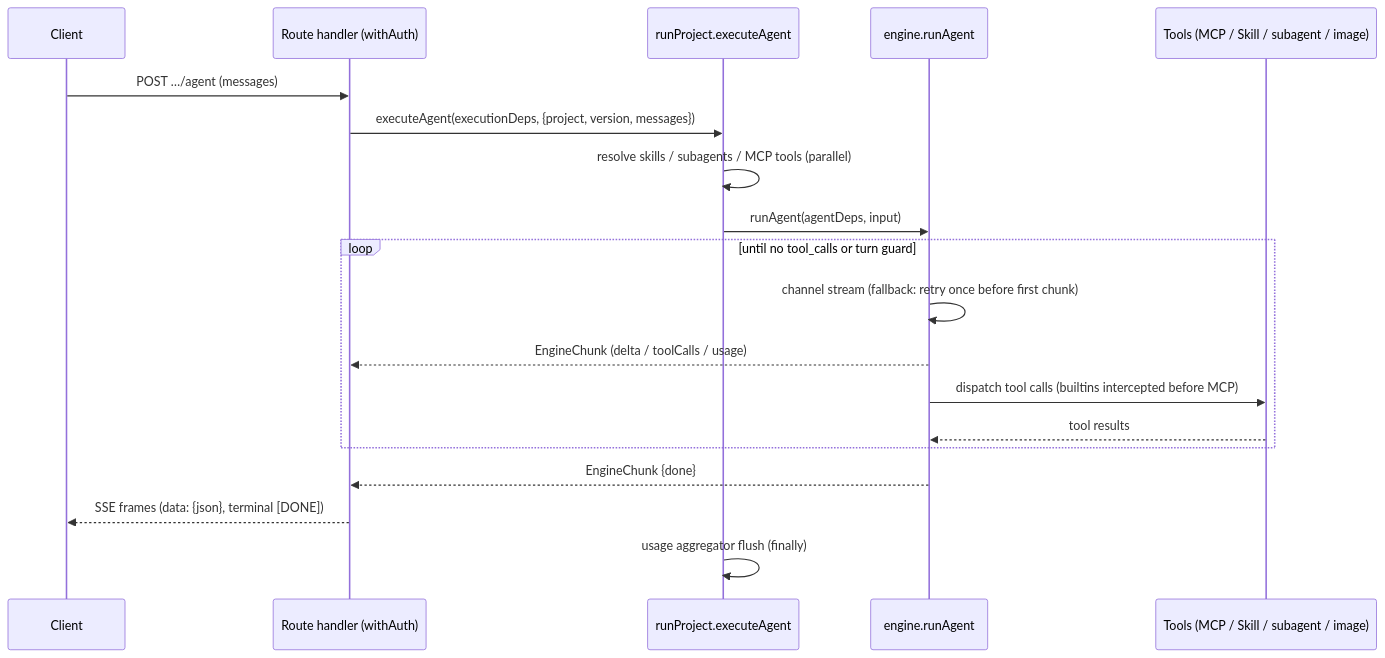
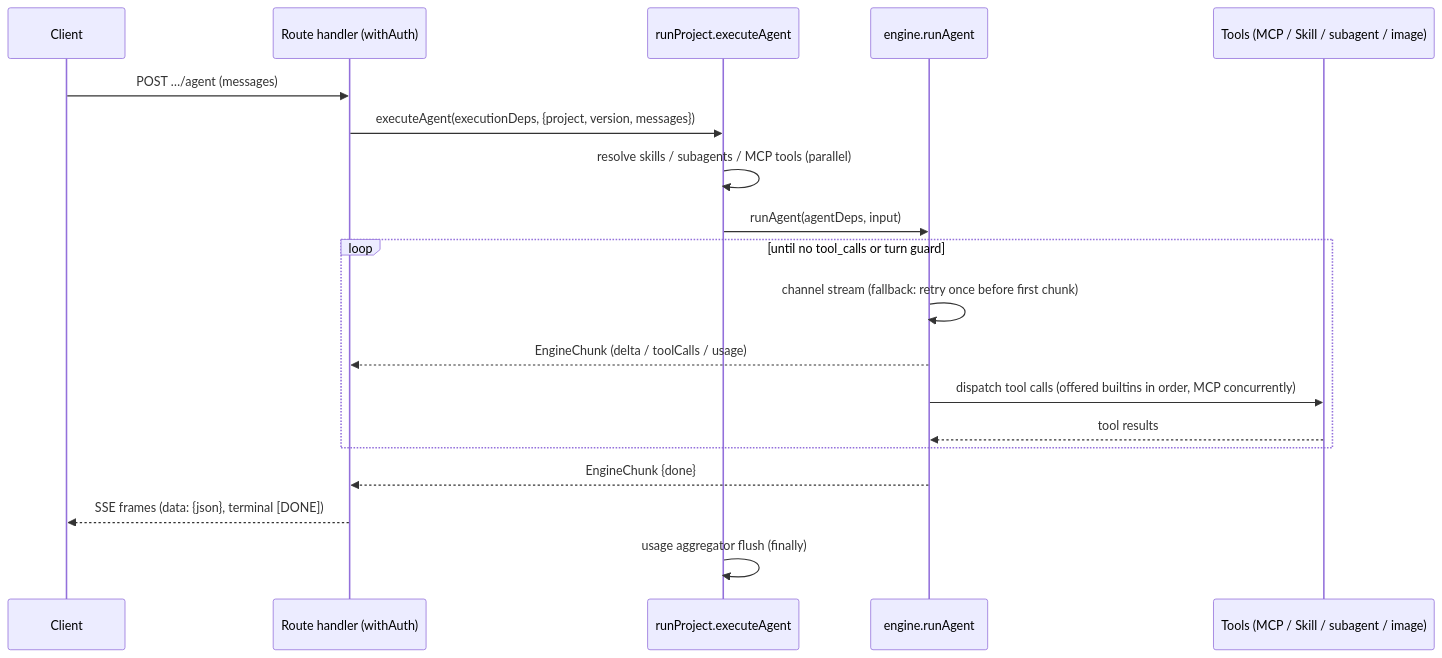
One commit to opspresso/agent-studio changed the diagram in docs/ARCHITECTURE.md. Above: the diagram before and after it, drawn with Mermaid. The commit also changed other lines of this file and 4 other files, not shown here.

````diff
--- a/docs/ARCHITECTURE.md
+++ b/docs/ARCHITECTURE.md
@@ -146,21 +146,21 @@
 ```mermaid
 sequenceDiagram
   participant C as Client
   participant R as Route handler (withAuth)
   participant X as runProject.executeAgent
   participant E as engine.runAgent
   participant T as Tools (MCP / Skill / subagent / image)
   C->>R: POST …/agent (messages)
   R->>X: executeAgent(executionDeps, {project, version, messages})
   X->>X: resolve skills / subagents / MCP tools (parallel)
   X->>E: runAgent(agentDeps, input)
   loop until no tool_calls or turn guard
     E->>E: channel stream (fallback: retry once before first chunk)
     E-->>R: EngineChunk (delta / toolCalls / usage)
-    E->>T: dispatch tool calls (builtins intercepted before MCP)
+    E->>T: dispatch tool calls (offered builtins in order, MCP concurrently)
     T-->>E: tool results
   end
   E-->>R: EngineChunk {done}
   R-->>C: SSE frames (data: {json}, terminal [DONE])
   X->>X: usage aggregator flush (finally)
 ```
````
